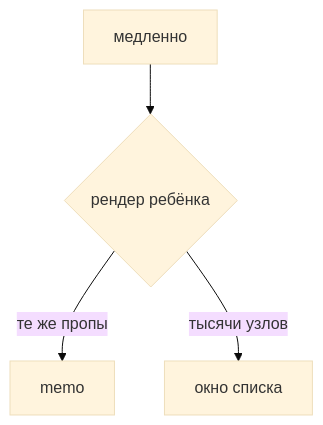
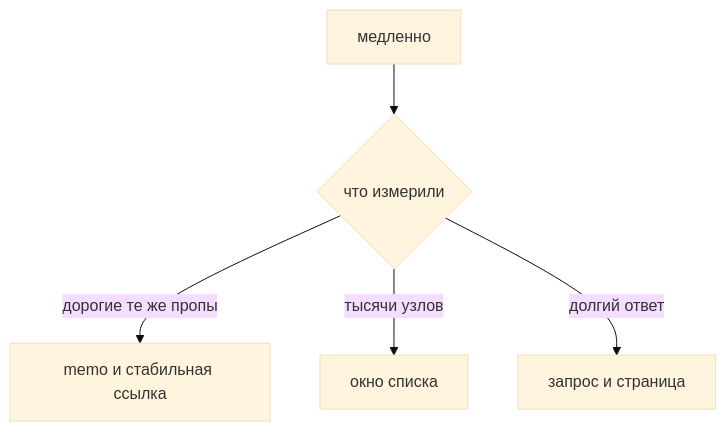
One commit to AlexanderNY/cursor_test changed the diagram in nine-to-eighteen/ui/src/data/learn/frontend/fe08-render-perf.md. Above: the diagram before and after it, drawn with Mermaid (base theme). The commit also changed other lines of this file and 40 other files, not shown here.

````diff
--- a/nine-to-eighteen/ui/src/data/learn/frontend/fe08-render-perf.md
+++ b/nine-to-eighteen/ui/src/data/learn/frontend/fe08-render-perf.md
@@ -52,6 +99,7 @@
 ```mermaid
 flowchart TD
-  P[медленно] --> R{рендер ребёнка}
-  R -->|те же пропы| M[memo]
-  R -->|тысячи узлов| V[окно списка]
+  P[медленно] --> N{что измерили}
+  N -->|дорогие те же пропы| M[memo и стабильная ссылка]
+  N -->|тысячи узлов| V[окно списка]
+  N -->|долгий ответ| Q[запрос и страница]
 ```
````
